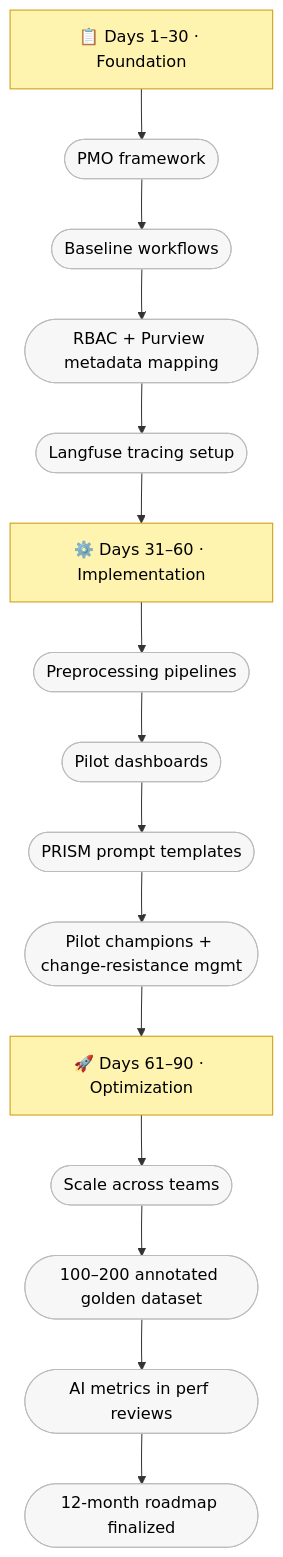
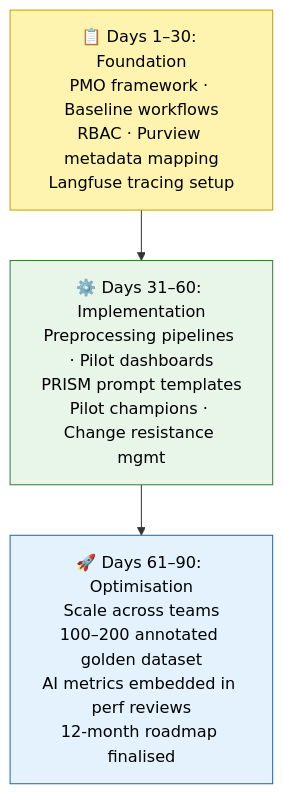
Before and after one commit to sfrancis2017/sajivfrancis.github.io: the fifth of 5 diagrams in src/content/blog/2026-06-07-ai-driven-leadership.mdx, drawn with Mermaid. The commit also changed other lines of this file, not shown here.

````diff
--- a/src/content/blog/2026-06-07-ai-driven-leadership.mdx
+++ b/src/content/blog/2026-06-07-ai-driven-leadership.mdx
@@ -290,15 +290,16 @@
 ```mermaid
-flowchart TB
-  P1["📋 Days 1–30 · Foundation"]
-  P2["⚙️ Days 31–60 · Implementation"]
-  P3["🚀 Days 61–90 · Optimization"]
+flowchart TD
+  classDef foundation fill:#fff3b0,stroke:#cc9a06,color:#000
+  classDef implement fill:#e8f5e9,stroke:#2e7d32,color:#000
+  classDef optimise fill:#e3f2fd,stroke:#1565c0,color:#000
 
-  P1 --> a1(["PMO framework"]) --> a2(["Baseline workflows"]) --> a3(["RBAC + Purview metadata mapping"]) --> a4(["Langfuse tracing setup"]) --> P2
-  P2 --> b1(["Preprocessing pipelines"]) --> b2(["Pilot dashboards"]) --> b3(["PRISM prompt templates"]) --> b4(["Pilot champions + change-resistance mgmt"]) --> P3
-  P3 --> c1(["Scale across teams"]) --> c2(["100–200 annotated golden dataset"]) --> c3(["AI metrics in perf reviews"]) --> c4(["12-month roadmap finalized"])
+  F["📋 Days 1–30: Foundation<br/>PMO framework · Baseline workflows<br/>RBAC · Purview metadata mapping<br/>Langfuse tracing setup"]
+  I["⚙️ Days 31–60: Implementation<br/>Preprocessing pipelines · Pilot dashboards<br/>PRISM prompt templates<br/>Pilot champions · Change resistance mgmt"]
+  O["🚀 Days 61–90: Optimisation<br/>Scale across teams<br/>100–200 annotated golden dataset<br/>AI metrics embedded in perf reviews<br/>12-month roadmap finalised"]
 
-  classDef phase fill:#fff3b0,stroke:#cc9a06,color:#000
-  classDef chip fill:#f7f7f7,stroke:#bbbbbb,color:#000
-  class P1,P2,P3 phase
-  class a1,a2,a3,a4,b1,b2,b3,b4,c1,c2,c3,c4 chip
+  F --> I --> O
+
+  class F foundation
+  class I implement
+  class O optimise
 ```
````
